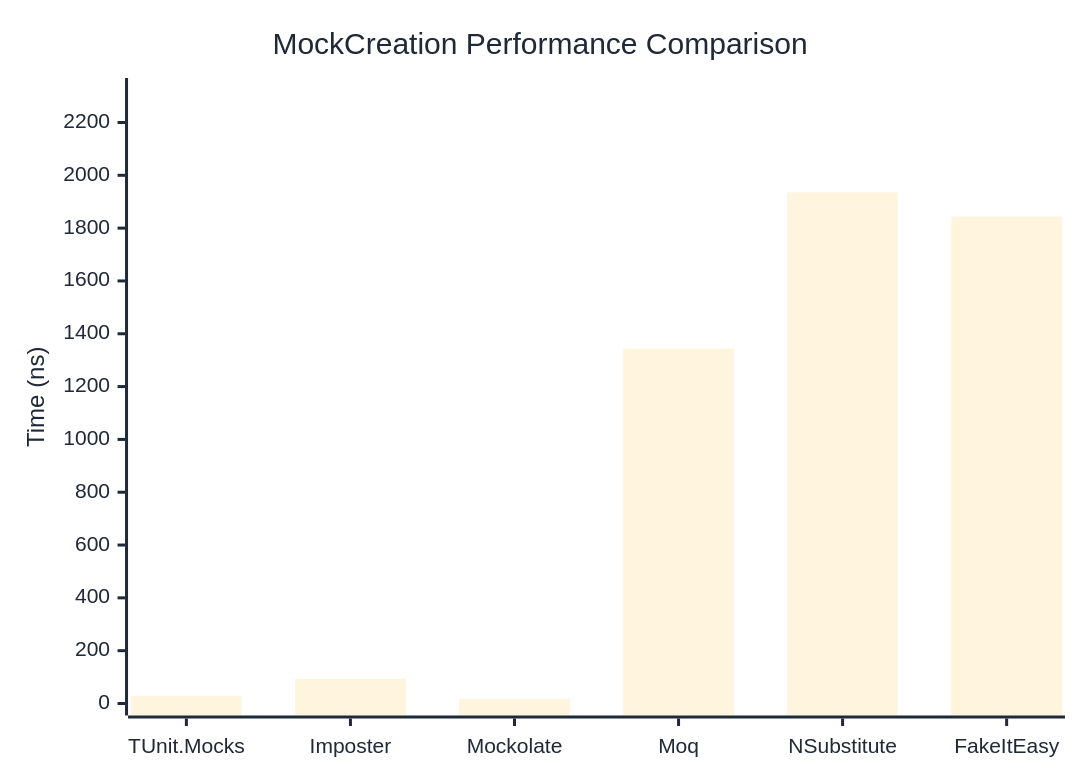
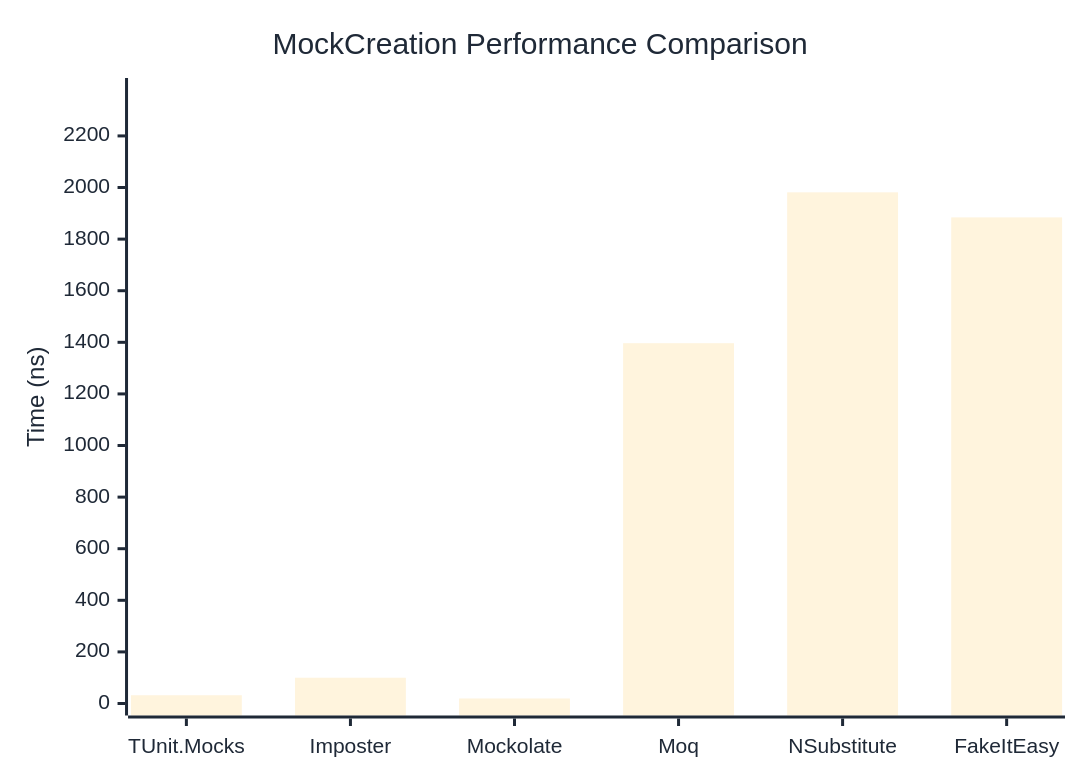
One commit to thomhurst/TUnit changed the first of 2 diagrams in docs/docs/benchmarks/mocks/MockCreation.md. Above: the diagram before and after it, drawn with Mermaid. The commit also changed other lines of this file and 14 other files, not shown here.

````diff
--- a/docs/docs/benchmarks/mocks/MockCreation.md
+++ b/docs/docs/benchmarks/mocks/MockCreation.md
@@ -30,27 +30,27 @@
 ```mermaid
 %%{init: {
   'theme':'base',
   'themeVariables': {
     'primaryColor': '#2563eb',
     'primaryTextColor': '#1f2937',
     'primaryBorderColor': '#1e40af',
     'lineColor': '#6b7280',
     'secondaryColor': '#7c3aed',
     'tertiaryColor': '#dc2626',
     'background': '#ffffff',
     'pie1': '#2563eb',
     'pie2': '#7c3aed',
     'pie3': '#dc2626',
     'pie4': '#f59e0b',
     'pie5': '#10b981',
     'pie6': '#06b6d4',
     'pie7': '#ec4899',
     'pie8': '#6366f1'
   }
 }}%%
 xychart-beta
   title "MockCreation Performance Comparison"
   x-axis ["TUnit.Mocks", "Imposter", "Mockolate", "Moq", "NSubstitute", "FakeItEasy"]
-  y-axis "Time (ns)" 0 --> 2323
-  bar [29.04, 93.62, 17.71, 1344.12, 1935.6, 1843.83]
+  y-axis "Time (ns)" 0 --> 2378
+  bar [32, 99.84, 19.45, 1396.66, 1981.38, 1884.17]
 ```
````
